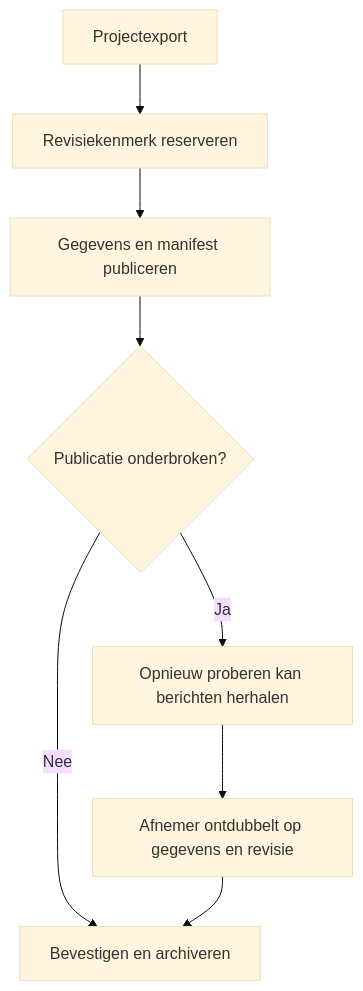
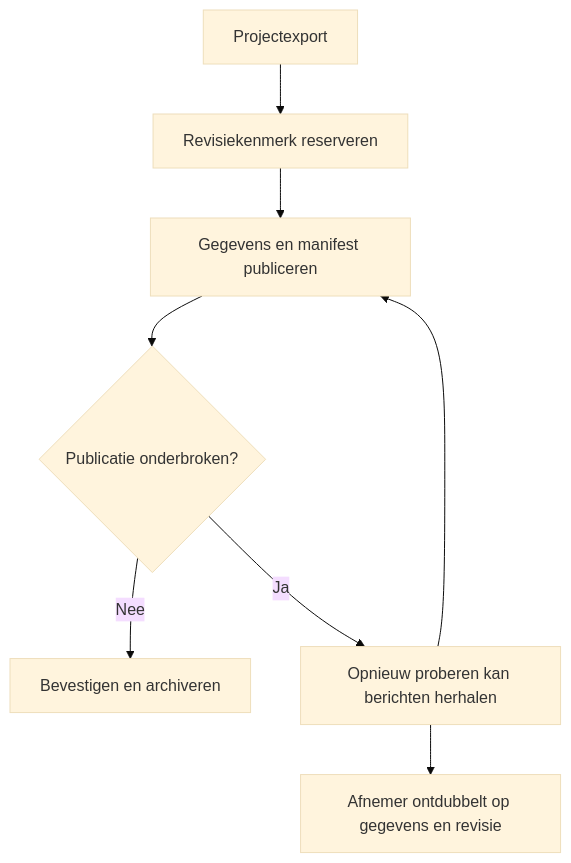
One commit to SheetMetalConnect/smc-mintlify changed the second of 2 diagrams in nl/qf2uns/workflow.mdx. Above: the diagram before and after it, drawn with Mermaid (base theme).

Commit message:
docs: clarify QF2UNS retry flow

````diff
--- a/nl/qf2uns/workflow.mdx
+++ b/nl/qf2uns/workflow.mdx
@@ -29,10 +29,10 @@
 ```mermaid
 flowchart TB
   A["Projectexport"] --> B["Revisiekenmerk reserveren"]
   B --> C["Gegevens en manifest publiceren"]
   C --> D{"Publicatie onderbroken?"}
   D -->|"Nee"| E["Bevestigen en archiveren"]
   D -->|"Ja"| F["Opnieuw proberen kan berichten herhalen"]
   F --> G["Afnemer ontdubbelt op gegevens en revisie"]
-  G --> E
+  F --> C
 ```
````
